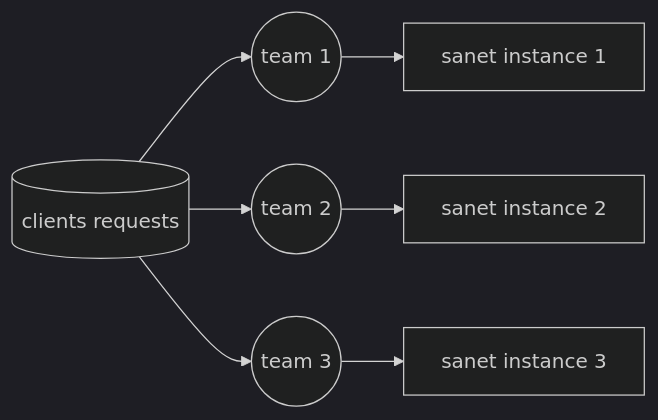
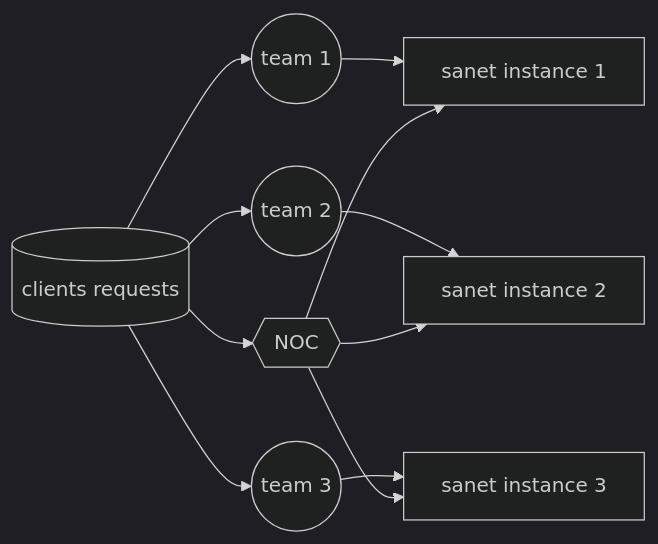
Before and after one commit to carnivuth/deployment_lifecycle_design_in_monitoring_applications: the diagram in graphs/team_schema.mmd, drawn with Mermaid (dark theme). The commit also changed 5 other files, not shown here.

```diff
--- a/graphs/team_schema.mmd
+++ b/graphs/team_schema.mmd
@@ -1,13 +1,15 @@
 flowchart LR
 A((team 1))
 B((team 2))
 C((team 3))
+H{{NOC}}
 D[(clients requests)]
 E[sanet instance 1]
 F[sanet instance 2]
 G[sanet instance 3]
 
-D --> A & B & C
+D --> A & B & C & H
 A --> E
 B --> F
 C --> G
+H --> E & F & G
```
